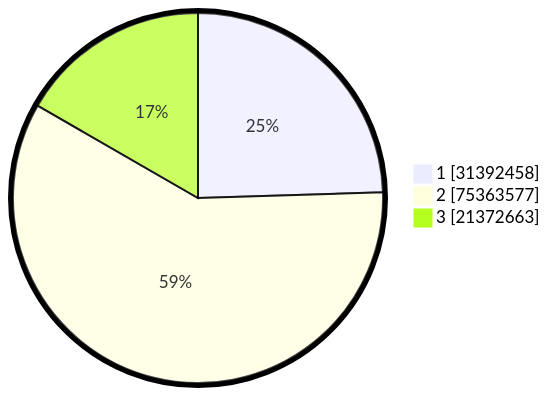
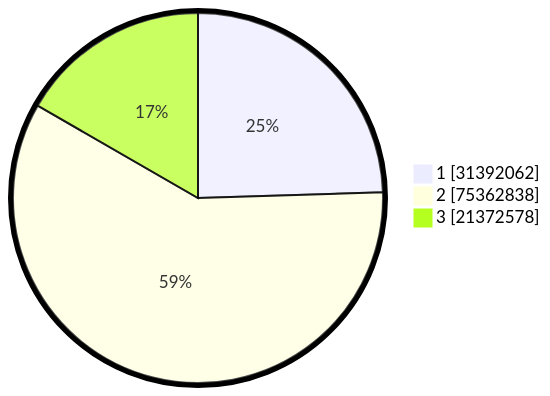
The second of 2 diagrams in pilpres/hitung-suara/README.md (gigit-pemilu/pemilu-2024), drawn with Mermaid before and after one commit. The commit also changed other lines of this file and 6 other files, not shown here.

````diff
--- a/pilpres/hitung-suara/README.md
+++ b/pilpres/hitung-suara/README.md
@@ -93,7 +93,7 @@
 ```mermaid
 %%{init: {"pie": {"textPosition": 0.5}, "themeVariables": {"pieOuterStrokeWidth": "5px"}} }%%
 pie showData
-    "1" : 31392458
-    "2" : 75363577
-    "3" : 21372663
+    "1" : 31392062
+    "2" : 75362838
+    "3" : 21372578
 ```
````
